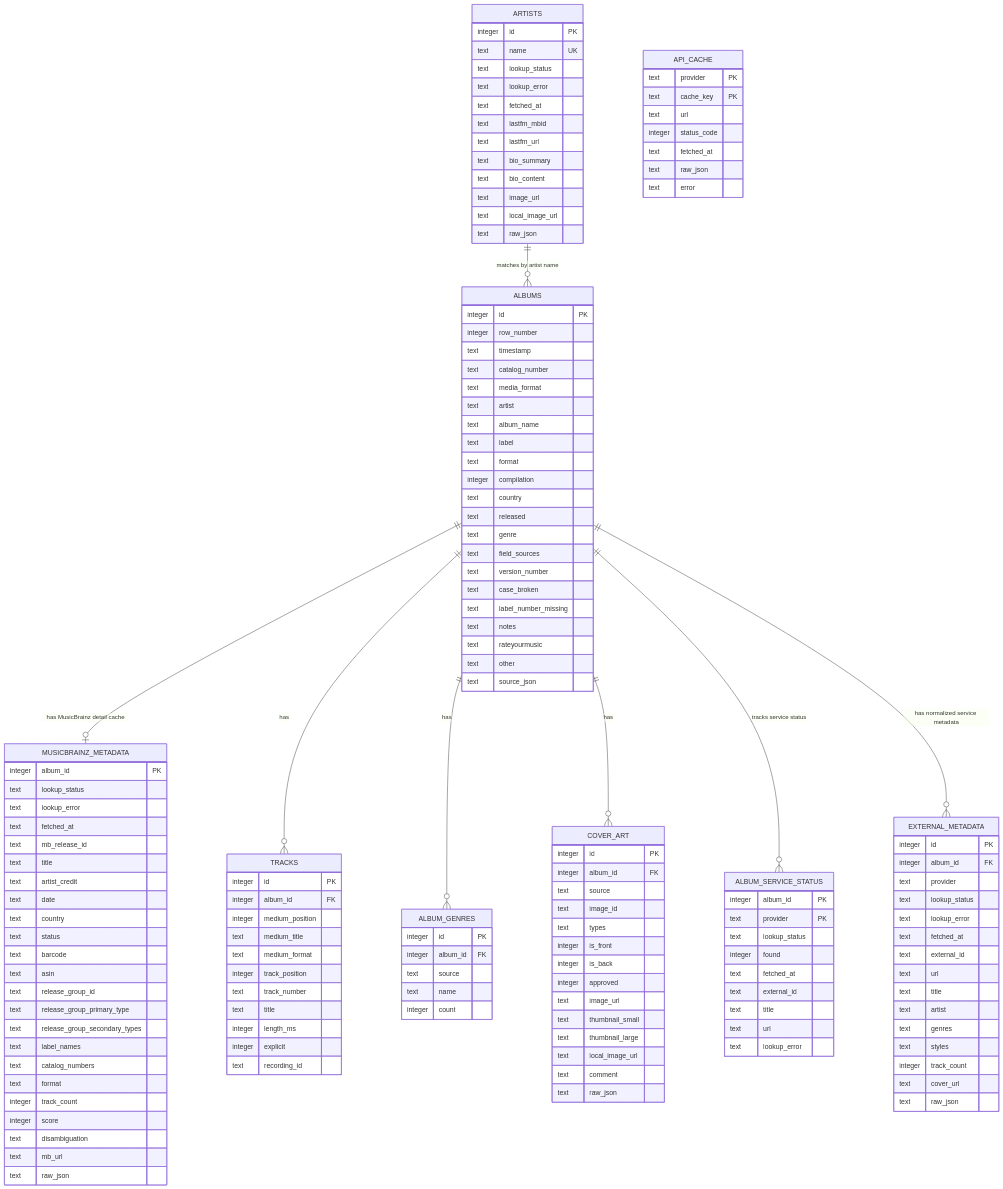
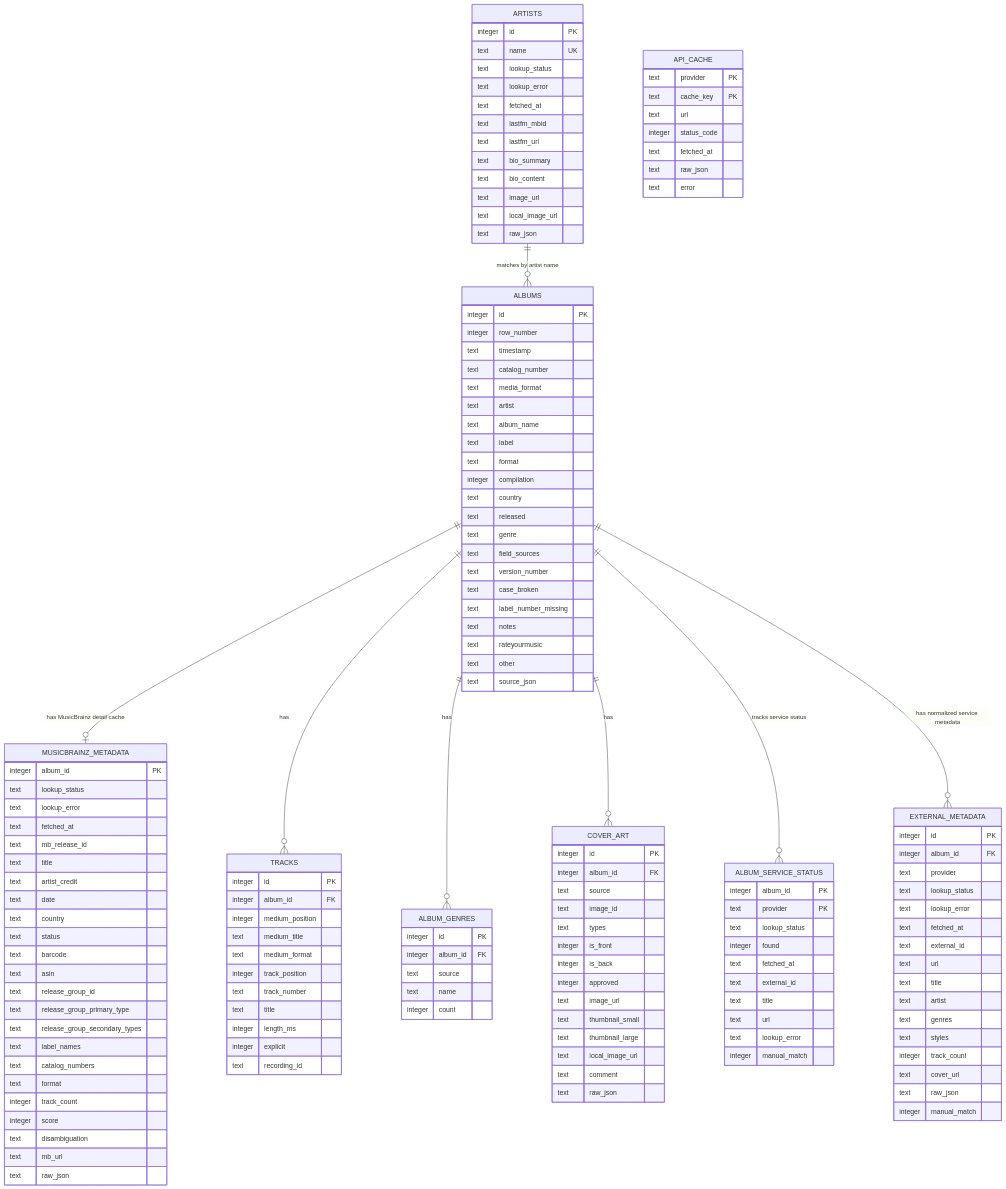
Before and after one commit to wirtes/cd-archive: the first of 2 diagrams in README.md, drawn with Mermaid. The commit also changed other lines of this file and 11 other files, not shown here.

```diff
--- a/README.md
+++ b/README.md
@@ -573,6 +577,7 @@
         text title
         text url
         text lookup_error
+        integer manual_match
     }
 
     EXTERNAL_METADATA {
@@ -591,6 +596,7 @@
         integer track_count
         text cover_url
         text raw_json
+        integer manual_match
     }
 
     API_CACHE {
```
